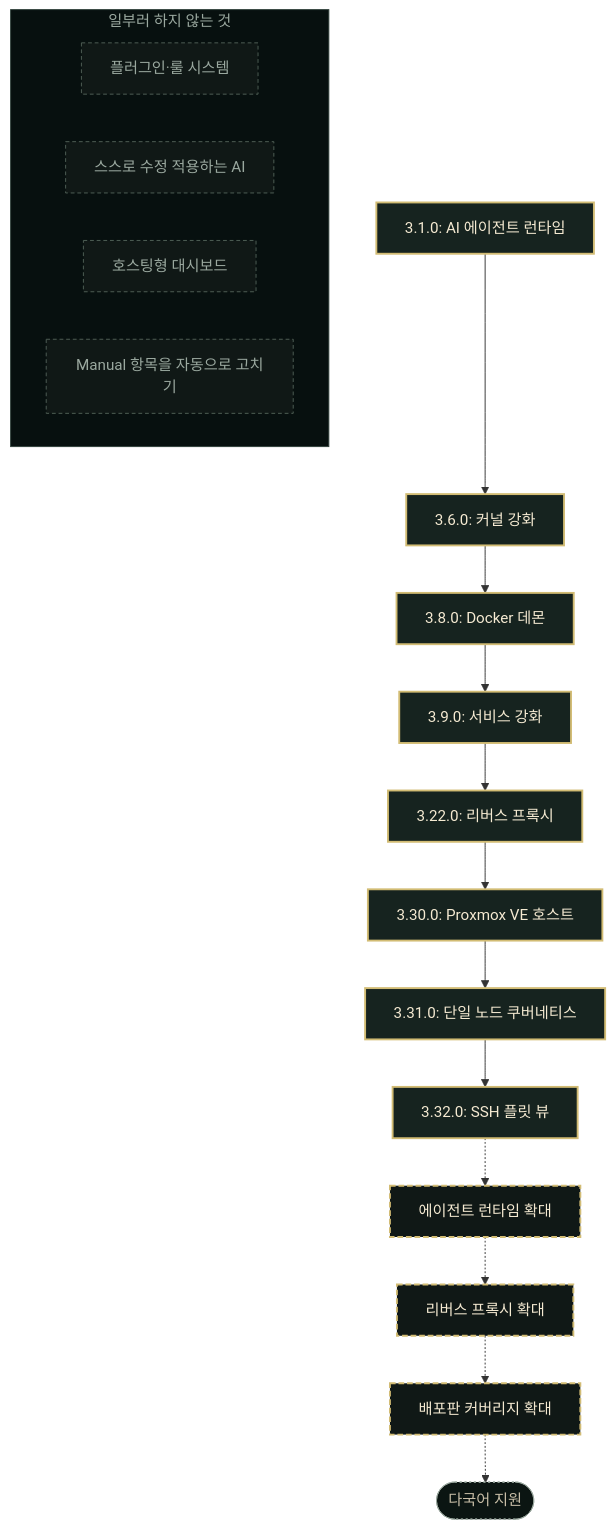
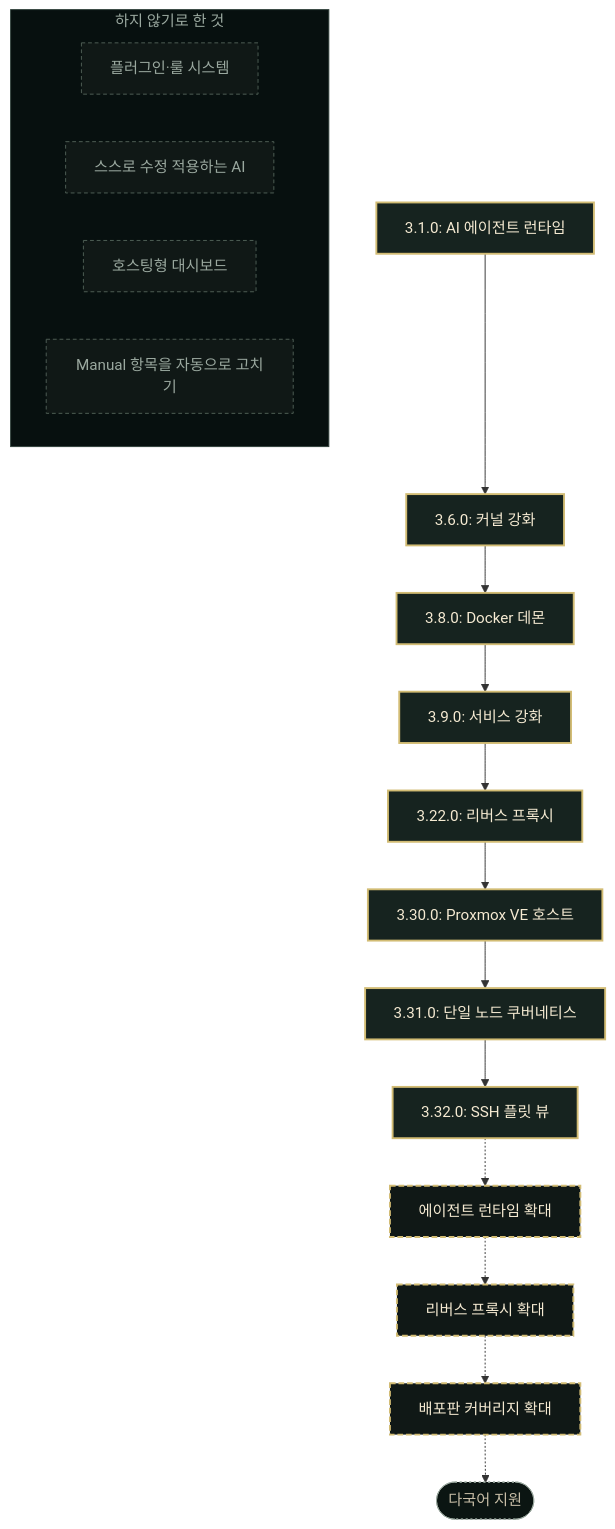
The diagram in README.ko.md (seolcu/hostveil), drawn with Mermaid before and after one commit. The commit also changed other lines of this file and 66 other files, not shown here.

````diff
--- a/README.ko.md
+++ b/README.ko.md
@@ -385,33 +384,33 @@
 ```mermaid
 graph TD
     v1["3.1.0: AI 에이전트 런타임"] --> v2["3.6.0: 커널 강화"]
     v2 --> v3["3.8.0: Docker 데몬"]
     v3 --> v4["3.9.0: 서비스 강화"]
     v4 --> v5["3.22.0: 리버스 프록시"]
     v5 --> v6["3.30.0: Proxmox VE 호스트"]
     v6 --> v7["3.31.0: 단일 노드 쿠버네티스"]
     v7 --> v8["3.32.0: SSH 플릿 뷰"]
     v8 -.-> n1["에이전트 런타임 확대"]
     n1 -.-> n2["리버스 프록시 확대"]
     n2 -.-> n3["배포판 커버리지 확대"]
     n3 -.-> e4(["다국어 지원"])
 
-    subgraph np["일부러 하지 않는 것"]
+    subgraph np["하지 않기로 한 것"]
         x1["플러그인·룰 시스템"]
         x2["스스로 수정 적용하는 AI"]
         x3["호스팅형 대시보드"]
         x4["Manual 항목을 자동으로 고치기"]
     end
 
     classDef shipped fill:#16231f,stroke:#d2bc74,stroke-width:2px,color:#f5ead2
     classDef next fill:#101816,stroke:#d2bc74,stroke-width:2px,stroke-dasharray:6 3,color:#f5ead2
     classDef exploring fill:#0b1512,stroke:#9aa89f,stroke-width:1px,stroke-dasharray:2 3,color:#c8bea7
     classDef notplanned fill:#101816,stroke:#516057,stroke-width:1px,stroke-dasharray:4 3,color:#9aa89f
     classDef npTitle fill:#07100f,stroke:#31413b,color:#9aa89f
 
     class v1,v2,v3,v4,v5,v6,v7,v8 shipped
     class n1,n2,n3 next
     class e4 exploring
     class x1,x2,x3,x4 notplanned
     class np npTitle
 ```
````
